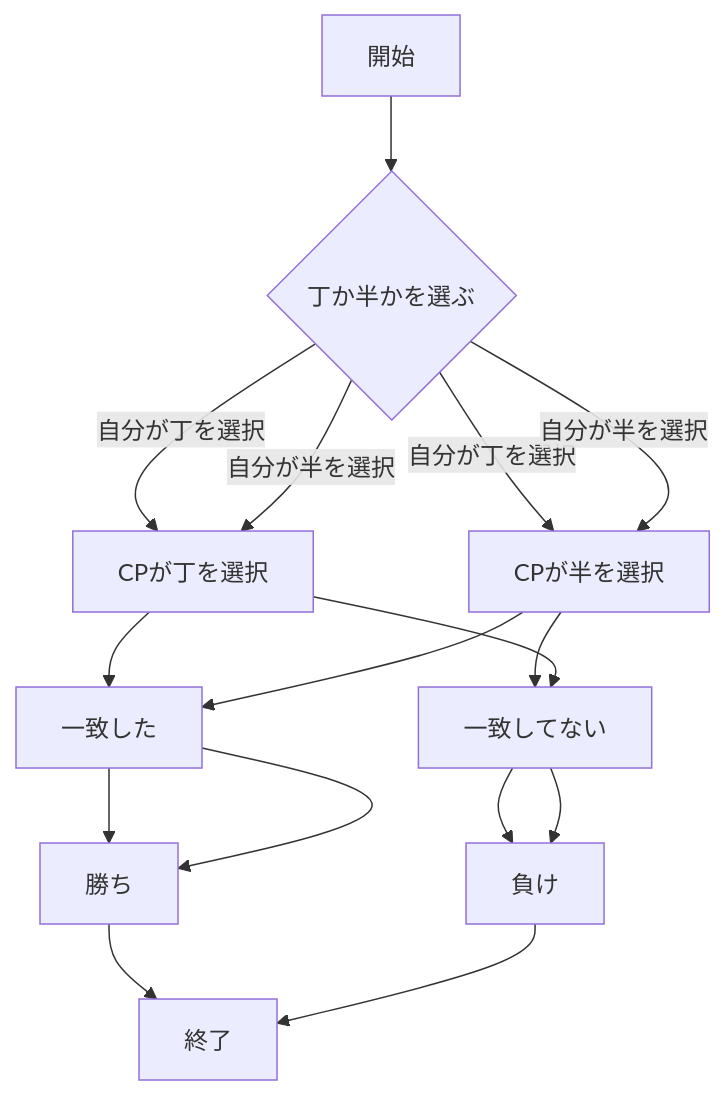
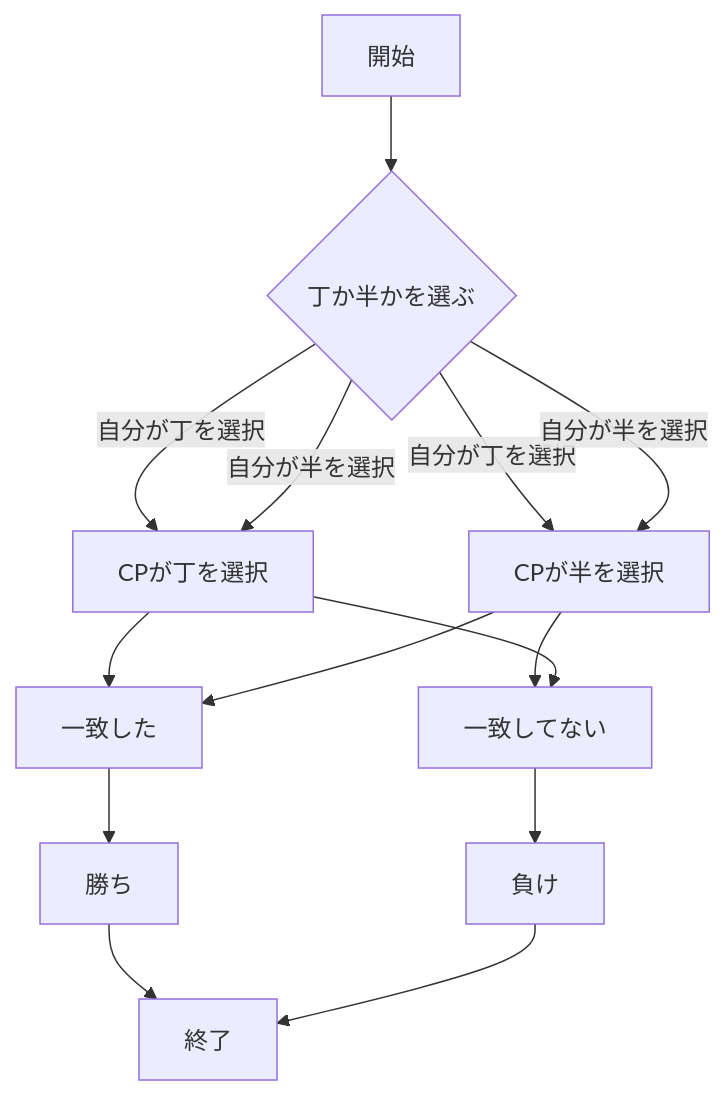
One commit to km919/webpro_06 changed the eighth of 9 diagrams in README.md. Above: the diagram before and after it, drawn with Mermaid.

Commit message:
12月27日2:25に編集済

````diff
--- a/README.md
+++ b/README.md
@@ -291,15 +291,15 @@
 ```mermaid
 flowchart TD;
 start["開始"];
 end1["終了"]
 if{"丁か半かを選ぶ"}
 start --> if
 if --> |自分が丁を選択| CPが丁を選択
 CPが丁を選択 --> 一致した --> 勝ち --> end1
 if --> |自分が丁を選択| CPが半を選択
 CPが半を選択 --> 一致してない --> 負け --> end1
 if --> |自分が半を選択| CPが半を選択
-CPが半を選択 --> 一致した --> 勝ち 
+CPが半を選択 --> 一致した  
 if --> |自分が半を選択| CPが丁を選択
-CPが丁を選択 --> 一致してない --> 負け
+CPが丁を選択 --> 一致してない 
 ```
````
